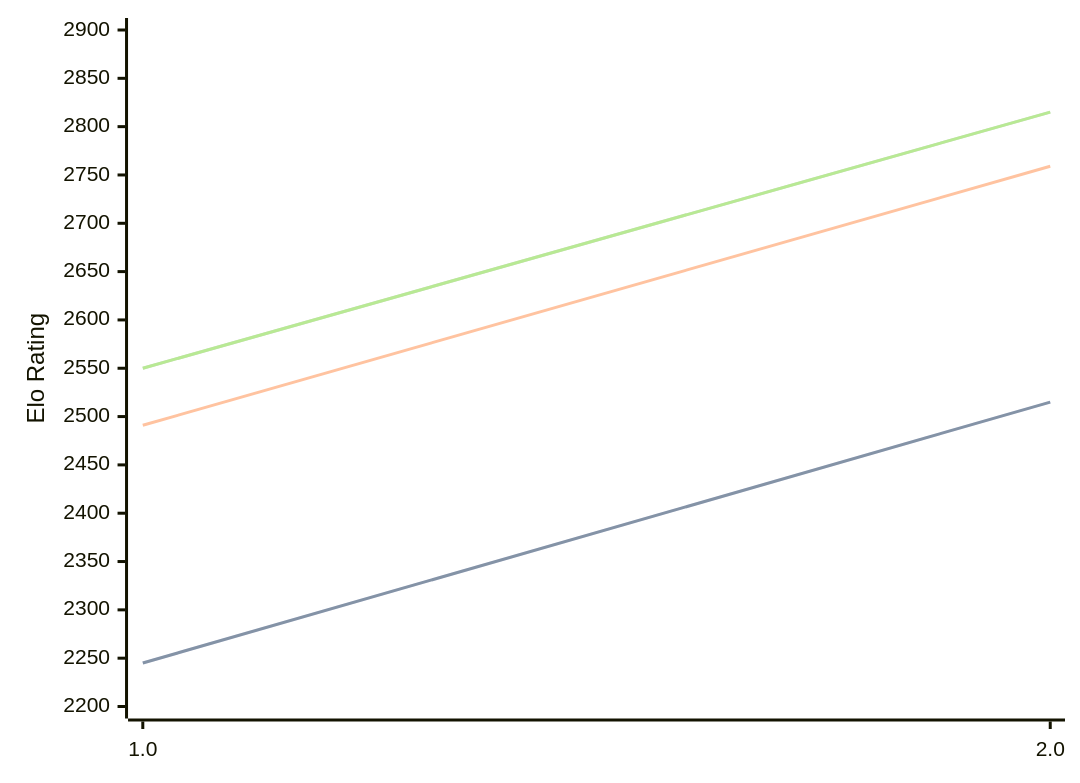
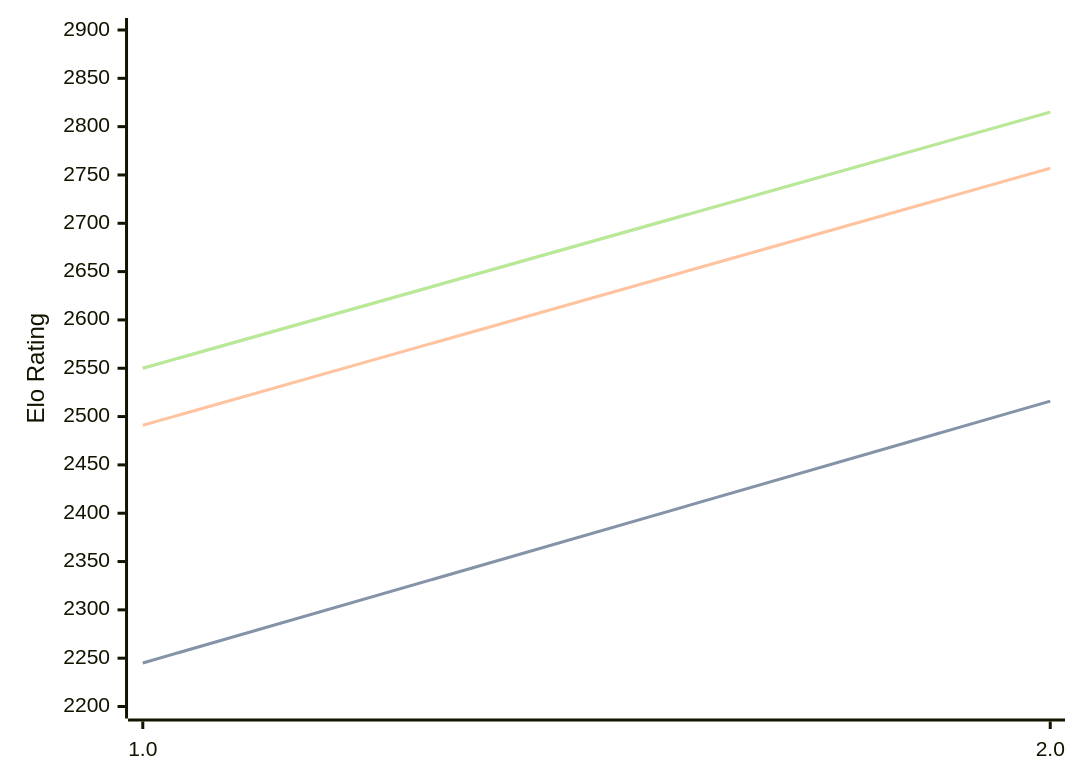
One commit to computer-chess-index/cci changed the diagram in engines/Revolver.md. Above: the diagram before and after it, drawn with Mermaid. The commit also changed other lines of this file, not shown here.

````diff
--- a/engines/Revolver.md
+++ b/engines/Revolver.md
@@ -32,11 +32,11 @@
 ```mermaid
 %%{init: {"theme":"base","themeVariables":{"seriesColors:['#a3a3a3','#222221','#faa371']}}}%%
 xychart-beta
   x-axis ["1.0", "2.0"]
   y-axis "Elo Rating" 2200 --> 2900
-  line "STC (8.0+0.08s)" [2245, 2515]
-  line "STC (8.0+0.08s)" [2245, 2515]
-  line "LTC (60.0+0.60s)" [2491, 2759]
+  line "STC (8.0+0.08s)" [2245, 2516]
+  line "STC (8.0+0.08s)" [2245, 2516]
+  line "LTC (60.0+0.60s)" [2491, 2757]
   line "VLTC (2m24s+1.12s)" [2550, 2815]
   line "VLTC (2m24s+1.12s)" [2550, 2815]
 ```
````
